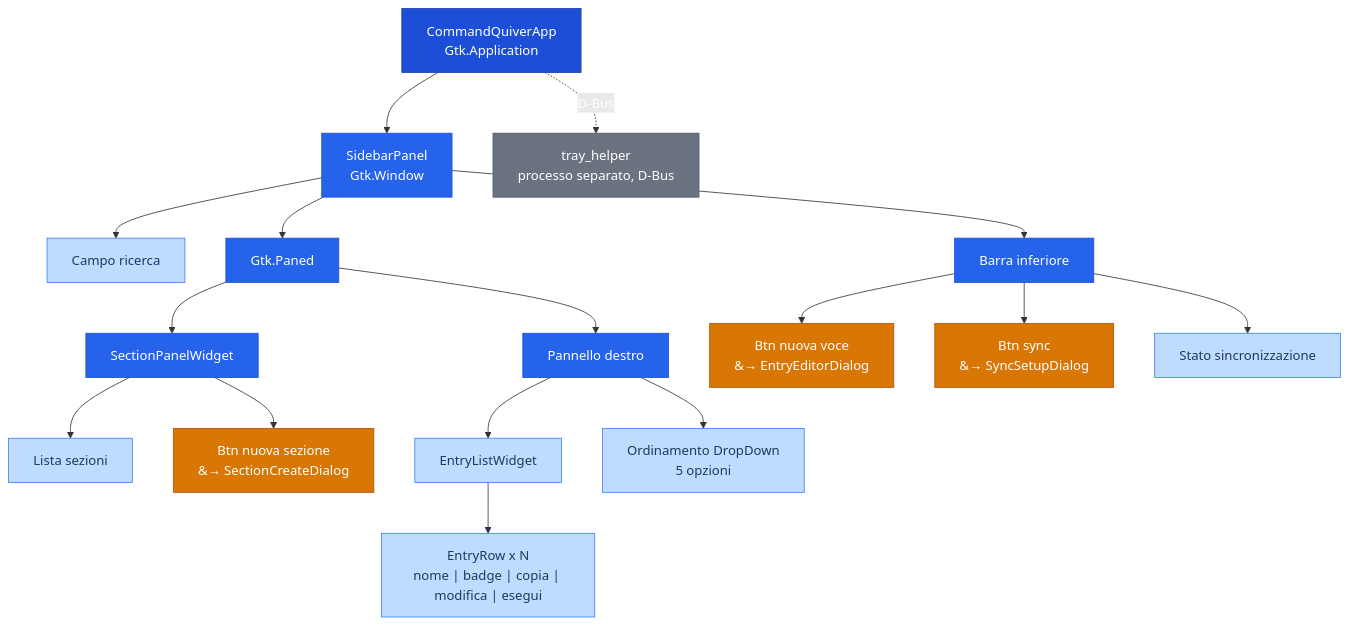
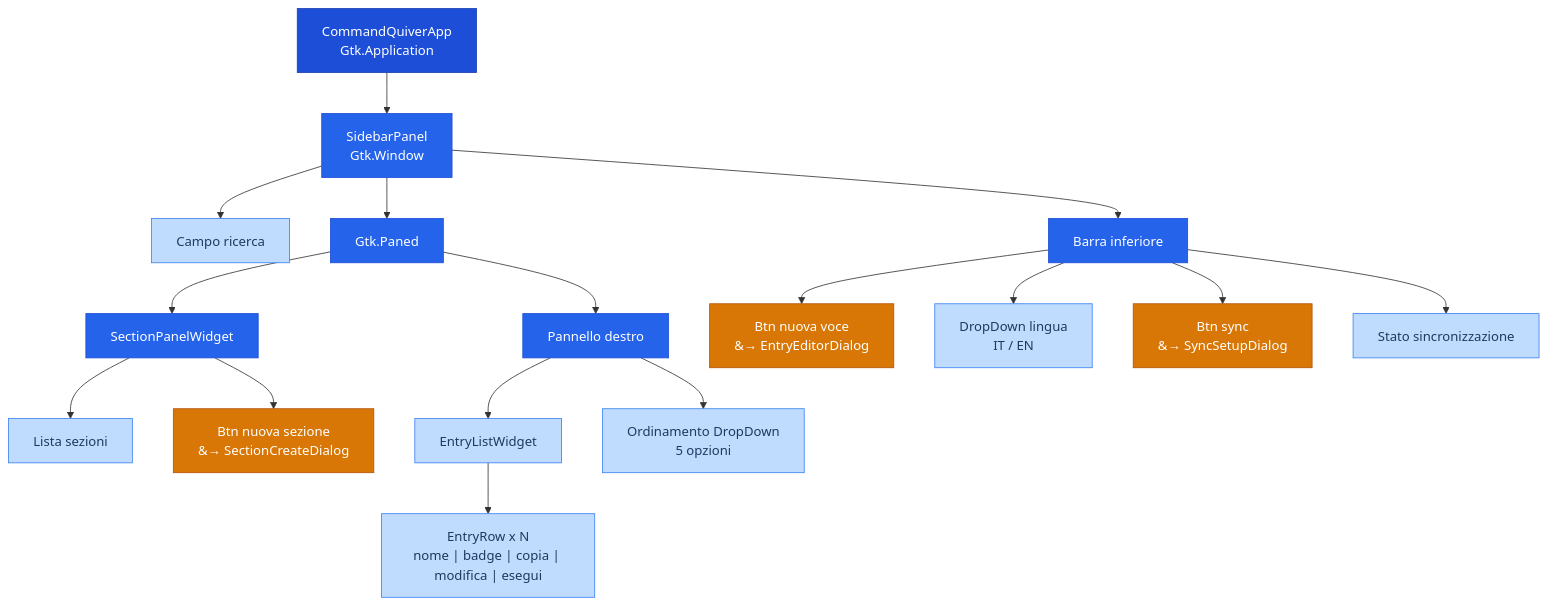
One commit to AndreaBonn/command-quiver changed the sixth of 6 diagrams in docs/ARCHITECTURE.it.md. Above: the diagram before and after it, drawn with Mermaid. The commit also changed other lines of this file and 14 other files, not shown here.

````diff
--- a/docs/ARCHITECTURE.it.md
+++ b/docs/ARCHITECTURE.it.md
@@ -184,48 +179,46 @@
 ```mermaid
 %%{init: {'theme': 'default'}}%%
 graph TD
   app["CommandQuiverApp<br/>Gtk.Application"]
   sidebar["SidebarPanel<br/>Gtk.Window"]
   search["Campo ricerca"]
   paned["Gtk.Paned"]
   section_panel["SectionPanelWidget"]
   section_list["Lista sezioni"]
   new_section["Btn nuova sezione<br/>&#8594; SectionCreateDialog"]
   right_panel["Pannello destro"]
   entry_list["EntryListWidget"]
   entry_row["EntryRow x N<br/>nome | badge | copia | modifica | esegui"]
   sort_dd["Ordinamento DropDown<br/>5 opzioni"]
   bottom_bar["Barra inferiore"]
   new_entry["Btn nuova voce<br/>&#8594; EntryEditorDialog"]
+  lang_dd["DropDown lingua<br/>IT / EN"]
   sync_btn["Btn sync<br/>&#8594; SyncSetupDialog"]
   sync_label["Stato sincronizzazione"]
-  tray["tray_helper<br/>processo separato, D-Bus"]
 
   app --> sidebar
-  app -.->|"D-Bus"| tray
   sidebar --> search
   sidebar --> paned
   sidebar --> bottom_bar
   paned --> section_panel
   paned --> right_panel
   section_panel --> section_list
   section_panel --> new_section
   right_panel --> entry_list
   right_panel --> sort_dd
   entry_list --> entry_row
   bottom_bar --> new_entry
+  bottom_bar --> lang_dd
   bottom_bar --> sync_btn
   bottom_bar --> sync_label
 
   classDef root fill:#1d4ed8,stroke:#1e40af,color:#fff
   classDef container fill:#2563eb,stroke:#1d4ed8,color:#fff
   classDef leaf fill:#bfdbfe,stroke:#3b82f6,color:#1e3a5f
-  classDef ext fill:#6b7280,stroke:#4b5563,color:#fff
   classDef action fill:#d97706,stroke:#b45309,color:#fff
 
   class app root
   class sidebar,paned,section_panel,right_panel,bottom_bar container
-  class search,section_list,entry_list,entry_row,sort_dd,sync_label leaf
-  class tray ext
+  class search,section_list,entry_list,entry_row,sort_dd,sync_label,lang_dd leaf
   class new_section,new_entry,sync_btn action
 ```
````
